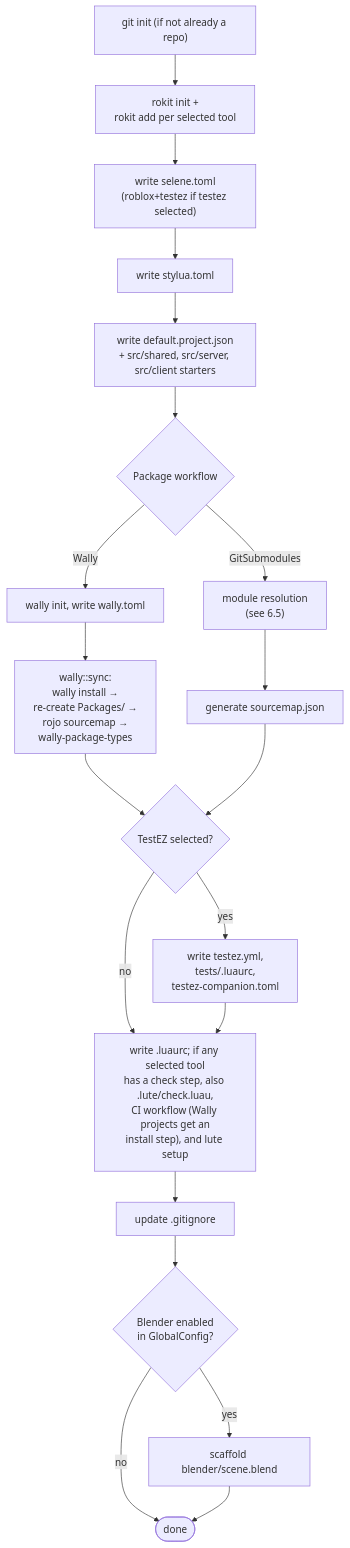
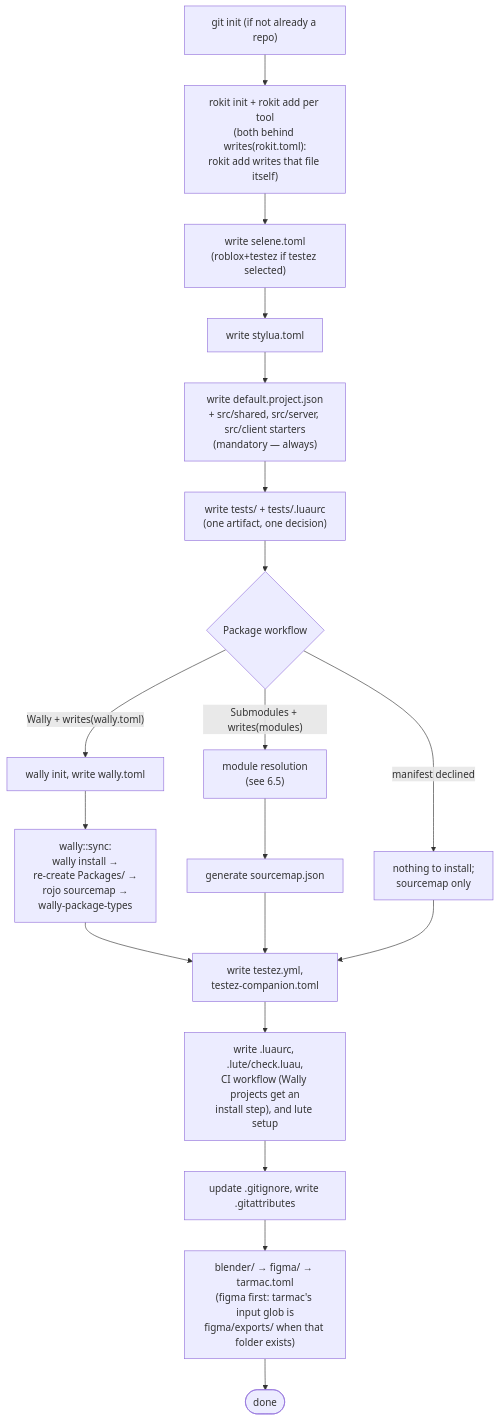
The fourth of 7 diagrams in docs/architecture.md (chatarabdelilah/rproj), drawn with Mermaid before and after one commit. The commit also changed other lines of this file and 11 other files, not shown here.

````diff
--- a/docs/architecture.md
+++ b/docs/architecture.md
@@ -389,25 +500,25 @@
 ```mermaid
 flowchart TD
-    A["git init (if not already a repo)"] --> B["rokit init +\nrokit add per selected tool"]
+    A["git init (if not already a repo)"] --> B["rokit init + rokit add per tool\n(both behind writes(rokit.toml):\nrokit add writes that file itself)"]
     B --> C["write selene.toml\n(roblox+testez if testez selected)"]
     C --> D[write stylua.toml]
-    D --> E["write default.project.json\n+ src/shared, src/server, src/client starters"]
-    E --> F{Package workflow}
-    F -- Wally --> G["wally init, write wally.toml"]
+    D --> E["write default.project.json\n+ src/shared, src/server, src/client starters\n(mandatory — always)"]
+    E --> TF["write tests/ + tests/.luaurc\n(one artifact, one decision)"]
+    TF --> F{Package workflow}
+    F -- "Wally + writes(wally.toml)" --> G["wally init, write wally.toml"]
     G --> H["wally::sync:\nwally install →\nre-create Packages/ →\nrojo sourcemap →\nwally-package-types"]
-    F -- GitSubmodules --> I["module resolution\n(see 6.5)"]
+    F -- "Submodules + writes(modules)" --> I["module resolution\n(see 6.5)"]
     I --> J["generate sourcemap.json"]
-    H --> TZ{TestEZ selected?}
-    J --> TZ
-    TZ -- yes --> TW["write testez.yml,\ntests/.luaurc,\ntestez-companion.toml"]
-    TZ -- no --> QG
-    TW --> QG["write .luaurc; if any selected tool
-has a check step, also .lute/check.luau,
+    F -- "manifest declined" --> K["nothing to install;\nsourcemap only"]
+    H --> TW
+    J --> TW
+    K --> TW["write testez.yml,\ntestez-companion.toml"]
+    TW --> QG["write .luaurc, .lute/check.luau,
 CI workflow (Wally projects get an
 install step), and lute setup"]
-    QG --> O[update .gitignore]
-    O --> P{Blender enabled\nin GlobalConfig?}
-    P -- yes --> Q[scaffold blender/scene.blend]
-    P -- no --> R(["done"])
-    Q --> R
+    QG --> O["update .gitignore, write .gitattributes"]
+    O --> Q["blender/ → figma/ → tarmac.toml
+(figma first: tarmac's input glob is
+figma/exports/ when that folder exists)"]
+    Q --> R(["done"])
 ```
````
